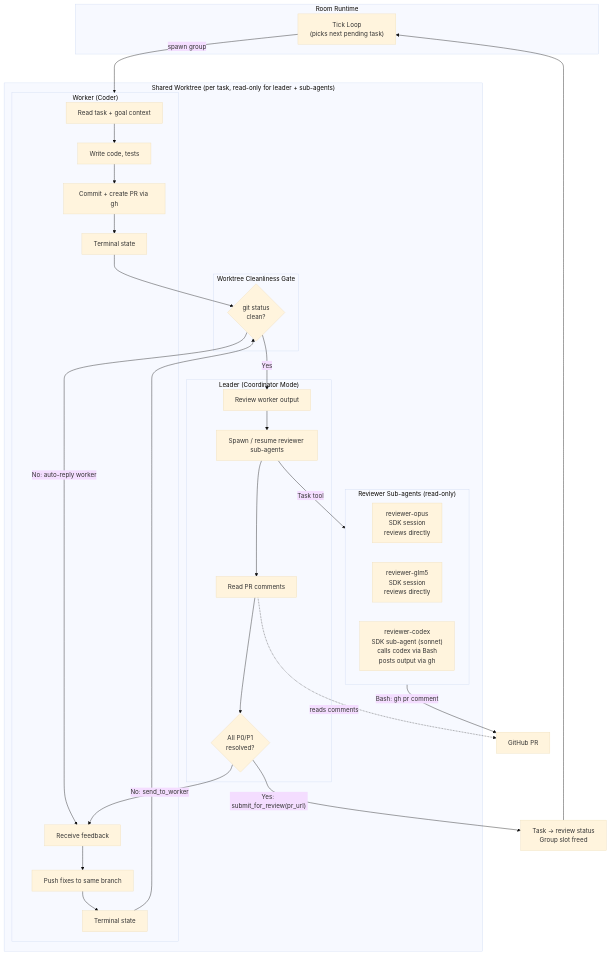
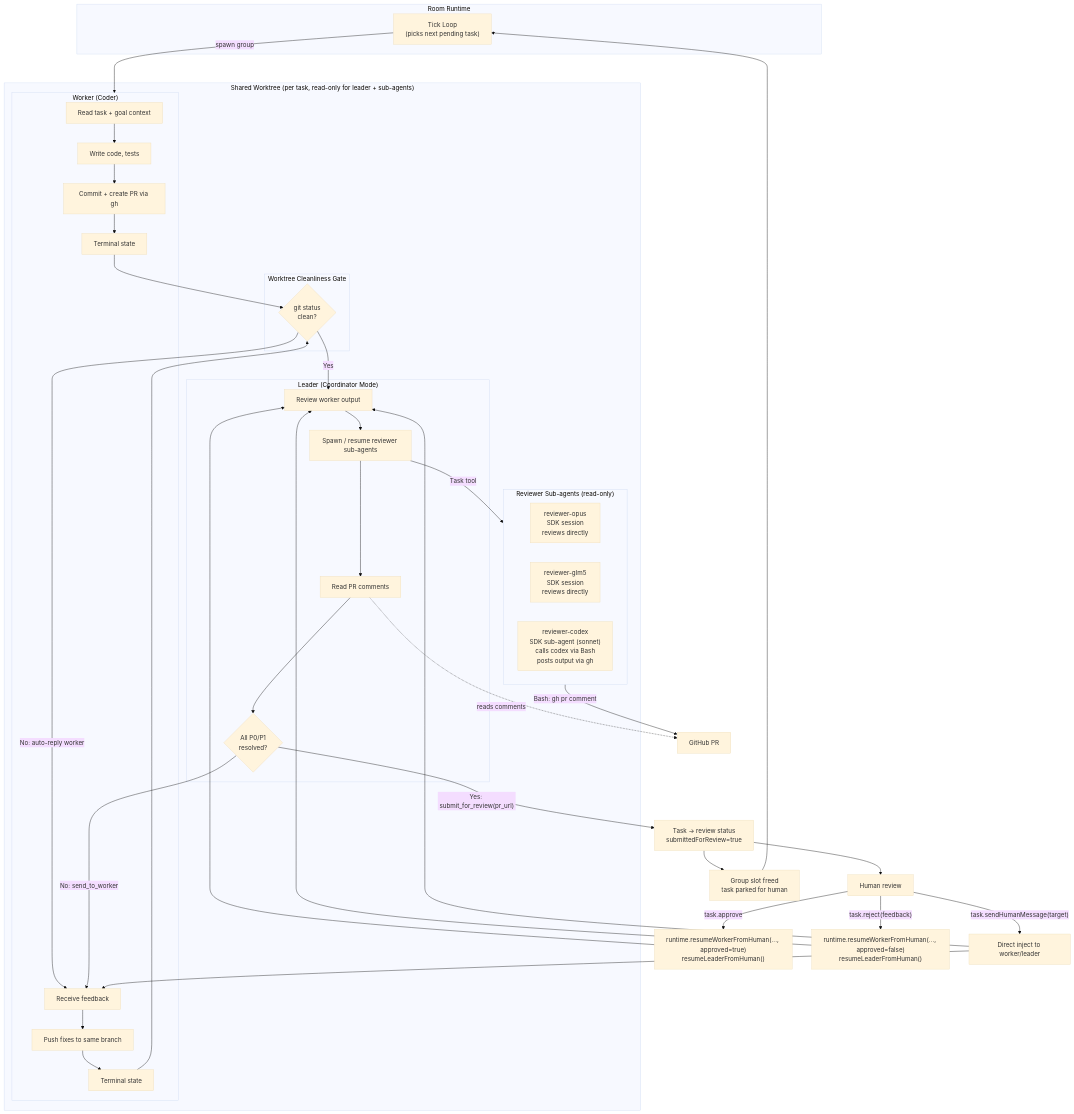
Before and after one commit to lsm/neokai: the second of 3 diagrams in docs/design/pr-review-workflow.md, drawn with Mermaid (base theme). The commit also changed other lines of this file and 26 other files, not shown here.

Commit message:
Refactor room task routing and remove group-state dependency

````diff
--- a/docs/design/pr-review-workflow.md
+++ b/docs/design/pr-review-workflow.md
@@ -31,50 +43,62 @@
 ```mermaid
 flowchart TB
     subgraph Runtime["Room Runtime"]
         Tick["Tick Loop<br/>(picks next pending task)"]
     end
 
     subgraph Worktree["Shared Worktree (per task, read-only for leader + sub-agents)"]
 
         subgraph Worker["Worker (Coder)"]
             W1["Read task + goal context"] --> W2["Write code, tests"]
             W2 --> W3["Commit + create PR via gh"]
             W3 --> W_term["Terminal state"]
             W_feedback["Receive feedback"] --> W_fix["Push fixes to same branch"]
             W_fix --> W_term2["Terminal state"]
         end
 
         subgraph Gate["Worktree Cleanliness Gate"]
             G1{"git status<br/>clean?"}
         end
 
         subgraph Leader["Leader (Coordinator Mode)"]
             L1["Review worker output"]
             L2["Spawn / resume reviewer sub-agents"]
             L3["Read PR comments"]
             L4{All P0/P1<br/>resolved?}
             L1 --> L2 --> L3 --> L4
         end
 
         subgraph Reviewers["Reviewer Sub-agents (read-only)"]
             direction LR
             R1["reviewer-opus<br/>SDK session<br/>reviews directly"]
             R2["reviewer-glm5<br/>SDK session<br/>reviews directly"]
             R3["reviewer-codex<br/>SDK sub-agent (sonnet)<br/>calls codex via Bash<br/>posts output via gh"]
         end
     end
 
     Tick -->|"spawn group"| Worker
     W_term --> G1
     W_term2 --> G1
     G1 -->|"Yes"| L1
     G1 -->|"No: auto-reply worker"| W_feedback
 
     L2 -->|"Task tool"| Reviewers
     Reviewers -->|"Bash: gh pr comment"| PR["GitHub PR"]
     L3 -.->|"reads comments"| PR
 
     L4 -->|"No: send_to_worker"| W_feedback
-    L4 -->|"Yes: submit_for_review(pr_url)"| Review["Task → review status<br/>Group slot freed"]
-    Review --> Tick
+    L4 -->|"Yes: submit_for_review(pr_url)"| Review["Task → review status<br/>submittedForReview=true"]
+    Review --> Slot["Group slot freed<br/>task parked for human"]
+    Slot --> Tick
+
+    H["Human review"]
+    Review --> H
+    H -->|"task.approve"| ResumeA["runtime.resumeWorkerFromHuman(..., approved=true)<br/>resumeLeaderFromHuman()"]
+    H -->|"task.reject(feedback)"| ResumeR["runtime.resumeWorkerFromHuman(..., approved=false)<br/>resumeLeaderFromHuman()"]
+    H -->|"task.sendHumanMessage(target)"| HM["Direct inject to worker/leader"]
+
+    ResumeA --> L1
+    ResumeR --> L1
+    HM --> W_feedback
+    HM --> L1
 ```
````
